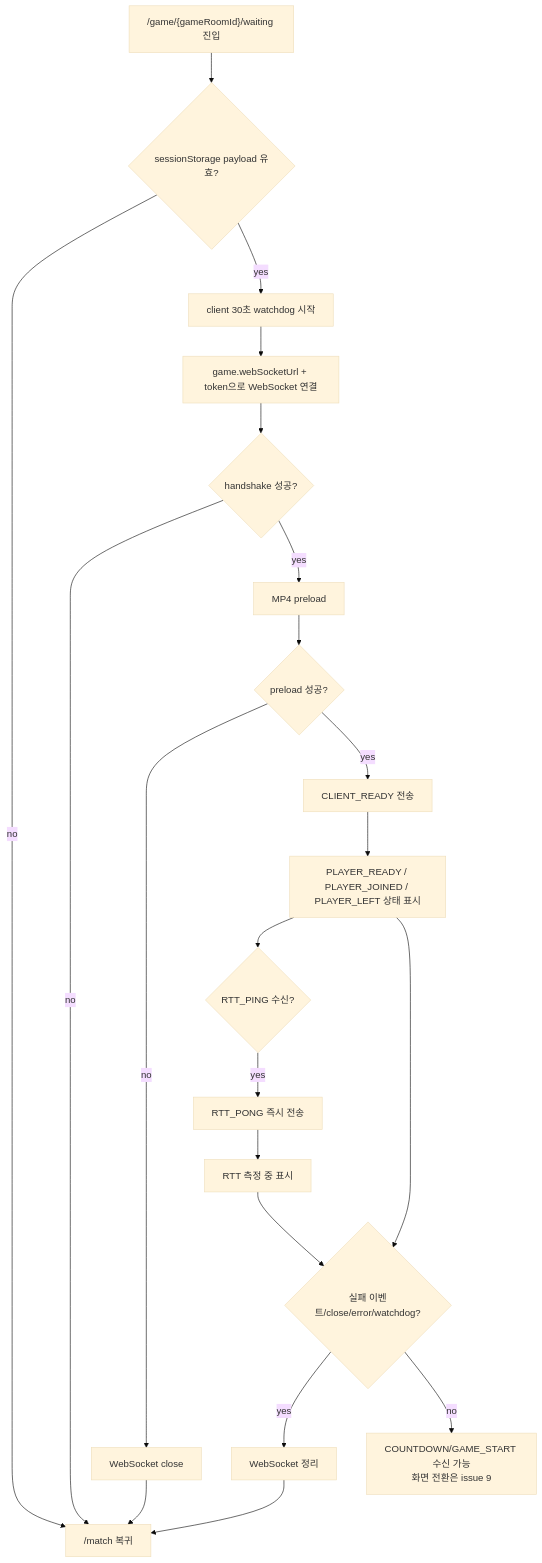
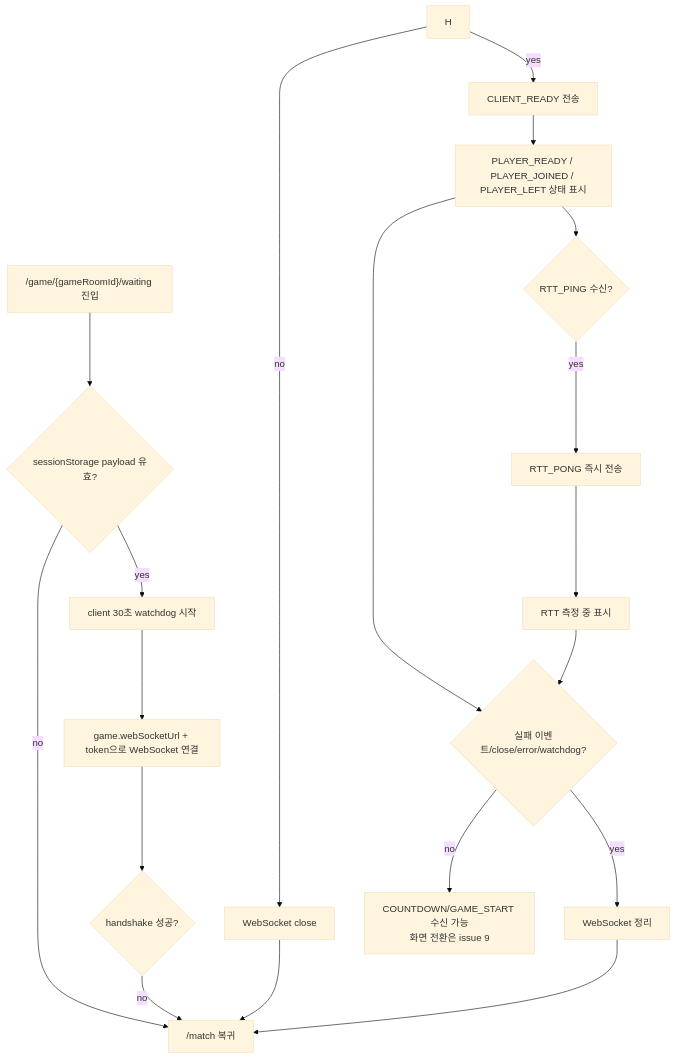
The first of 2 diagrams in docs/antigravity/frontend/issue-86-game-waiting-websocket.md (moonwhistle/League-of-Star), drawn with Mermaid (base theme) before and after one commit. The commit also changed other lines of this file and 47 other files, not shown here.

````diff
--- a/docs/antigravity/frontend/issue-86-game-waiting-websocket.md
+++ b/docs/antigravity/frontend/issue-86-game-waiting-websocket.md
@@ -11,23 +10,21 @@
 ```mermaid
 flowchart TD
     A["/game/{gameRoomId}/waiting 진입"] --> B{"sessionStorage payload 유효?"}
     B -->|no| C["/match 복귀"]
     B -->|yes| D["client 30초 watchdog 시작"]
     D --> E["game.webSocketUrl + token으로 WebSocket 연결"]
     E --> F{"handshake 성공?"}
     F -->|no| C
-    F -->|yes| G["MP4 preload"]
-    G --> H{"preload 성공?"}
     H -->|no| I["WebSocket close"]
     I --> C
     H -->|yes| J["CLIENT_READY 전송"]
     J --> K["PLAYER_READY / PLAYER_JOINED / PLAYER_LEFT 상태 표시"]
     K --> L{"RTT_PING 수신?"}
     L -->|yes| M["RTT_PONG 즉시 전송"]
     M --> N["RTT 측정 중 표시"]
     K --> O{"실패 이벤트/close/error/watchdog?"}
     N --> O
     O -->|yes| P["WebSocket 정리"]
     P --> C
     O -->|no| Q["COUNTDOWN/GAME_START 수신 가능<br/>화면 전환은 issue 9"]
 ```
````
